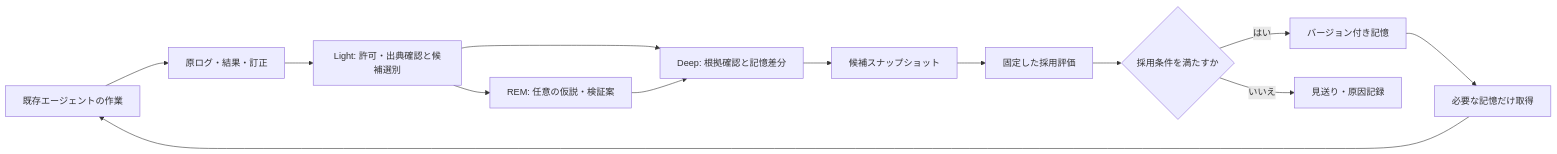
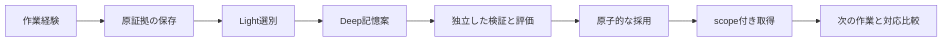
Before and after one commit to moruku36/agent-sleep-lab: the diagram in README.ja.md, drawn with Mermaid. The commit also changed other lines of this file and 46 other files, not shown here.

````diff
--- a/README.ja.md
+++ b/README.ja.md
@@ -43,15 +19,10 @@
 ```mermaid
 flowchart LR
-  A[既存エージェントの作業] --> B[原ログ・結果・訂正]
-  B --> C[Light: 許可・出典確認と候補選別]
-  C --> R[REM: 任意の仮説・検証案]
-  C --> D[Deep: 根拠確認と記憶差分]
-  R --> D
-  D --> E[候補スナップショット]
-  E --> F[固定した採用評価]
-  F --> G{採用条件を満たすか}
-  G -->|はい| H[バージョン付き記憶]
-  G -->|いいえ| I[見送り・原因記録]
-  H --> J[必要な記憶だけ取得]
-  J --> A
+  A[作業経験] --> B[原証拠の保存]
+  B --> C[Light選別]
+  C --> D[Deep記憶案]
+  D --> E[独立した検証と評価]
+  E --> F[原子的な採用]
+  F --> G[scope付き取得]
+  G --> H[次の作業と対応比較]
 ```
````
